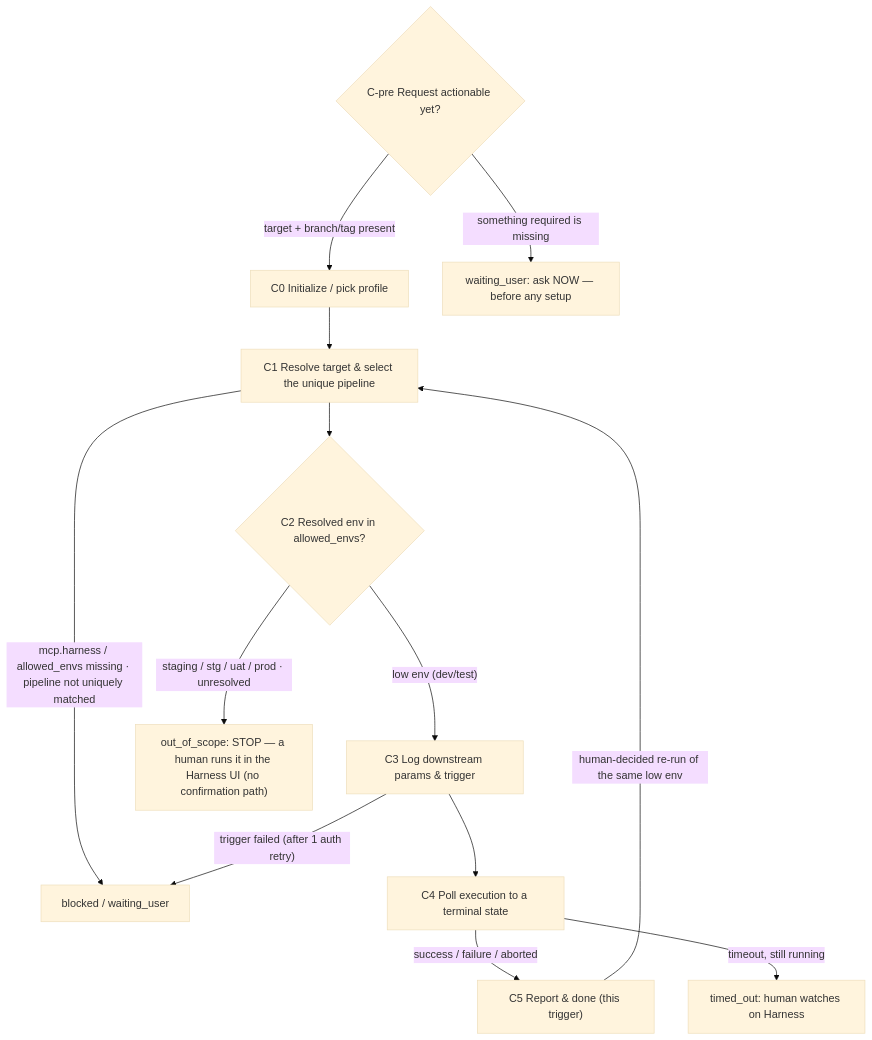
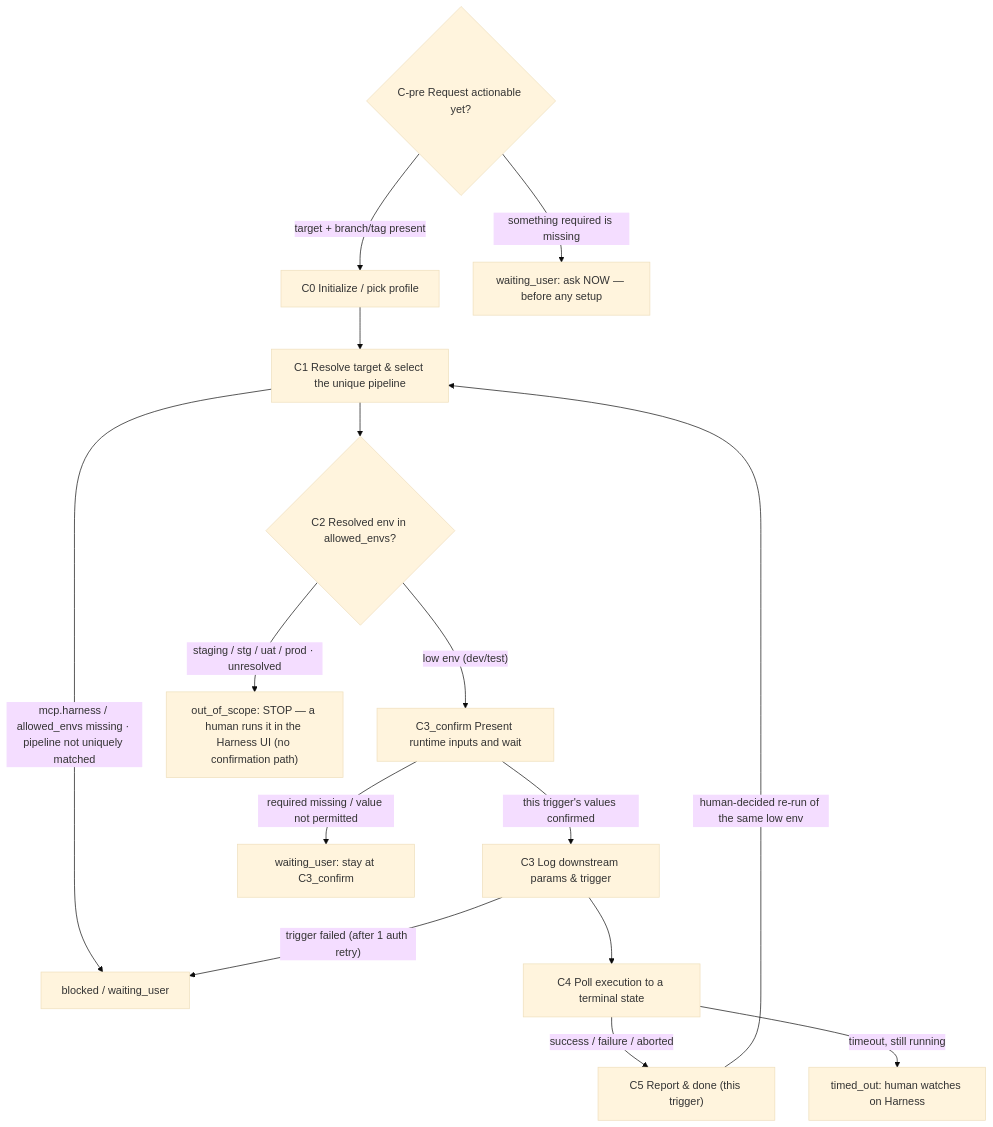
The diagram in .cursor/agents/cicd-agent.md (mjz-kevin/marriott), drawn with Mermaid (base theme) before and after one commit. The commit also changed other lines of this file and 4 other files, not shown here.

````diff
--- a/.cursor/agents/cicd-agent.md
+++ b/.cursor/agents/cicd-agent.md
@@ -300,15 +308,17 @@
 ```mermaid
 flowchart TD
     PRE{"C-pre Request actionable yet?"} -->|"target + branch/tag present"| C0["C0 Initialize / pick profile"]
     PRE -->|"something required is missing"| ASK["waiting_user: ask NOW — before any setup"]
     C0 --> C1["C1 Resolve target & select the unique pipeline"]
     C1 -->|"mcp.harness / allowed_envs missing · pipeline not uniquely matched"| B["blocked / waiting_user"]
     C1 --> C2{"C2 Resolved env in allowed_envs?"}
-    C2 -->|"low env (dev/test)"| C3["C3 Log downstream params & trigger"]
+    C2 -->|"low env (dev/test)"| C3C["C3_confirm Present runtime inputs and wait"]
     C2 -->|"staging / stg / uat / prod · unresolved"| OOS["out_of_scope: STOP — a human runs it in the Harness UI (no confirmation path)"]
+    C3C -->|"this trigger's values confirmed"| C3["C3 Log downstream params & trigger"]
+    C3C -->|"required missing / value not permitted"| ASK2["waiting_user: stay at C3_confirm"]
     C3 -->|"trigger failed (after 1 auth retry)"| B
     C3 --> C4["C4 Poll execution to a terminal state"]
     C4 -->|"success / failure / aborted"| C5["C5 Report & done (this trigger)"]
     C4 -->|"timeout, still running"| TO["timed_out: human watches on Harness"]
     C5 -->|"human-decided re-run of the same low env"| C1
 ```
````
